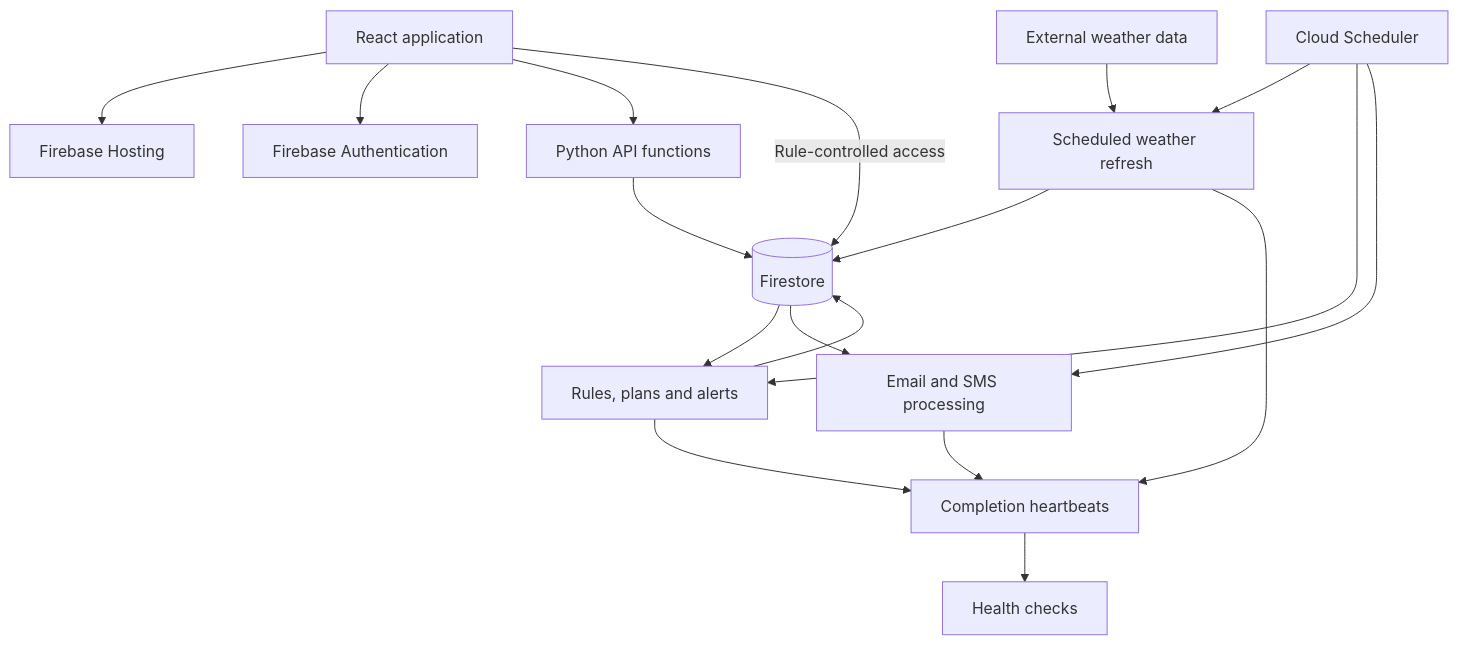
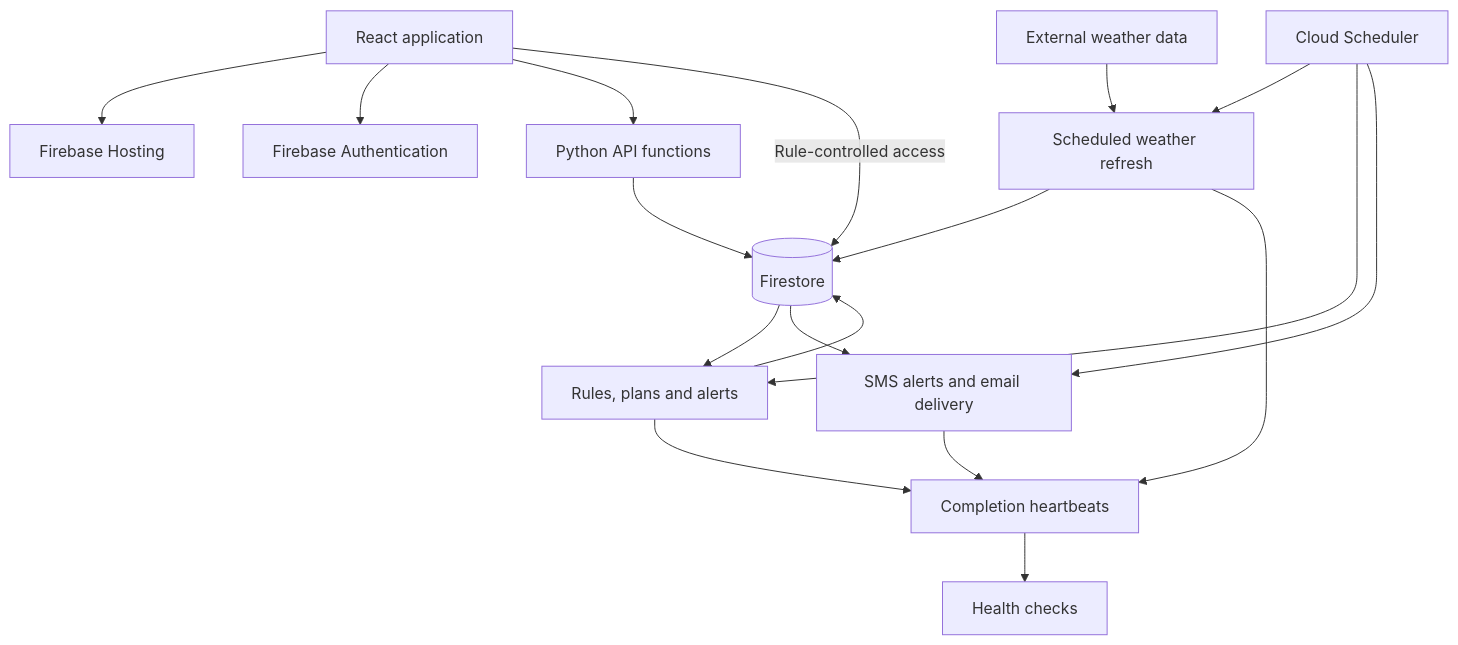
Before and after one commit to MLaurie1620/Portfolio: the diagram in projects/turftrigger.md, drawn with Mermaid. The commit also changed other lines of this file and 8 other files, not shown here.

````diff
--- a/projects/turftrigger.md
+++ b/projects/turftrigger.md
@@ -83,20 +112,20 @@
 ```mermaid
 flowchart TD
     Browser[React application] --> Hosting[Firebase Hosting]
     Browser --> Auth[Firebase Authentication]
     Browser --> API[Python API functions]
     Browser -->|Rule-controlled access| DB[(Firestore)]
     Weather[External weather data] --> Refresh[Scheduled weather refresh]
     Scheduler[Cloud Scheduler] --> Refresh
     Scheduler --> Engine[Rules, plans and alerts]
-    Scheduler --> Delivery[Email and SMS processing]
+    Scheduler --> Delivery[SMS alerts and email delivery]
     Refresh --> DB
     API --> DB
     DB --> Engine
     Engine --> DB
     DB --> Delivery
     Refresh --> Health[Completion heartbeats]
     Engine --> Health
     Delivery --> Health
     Health --> Canary[Health checks]
 ```
````
